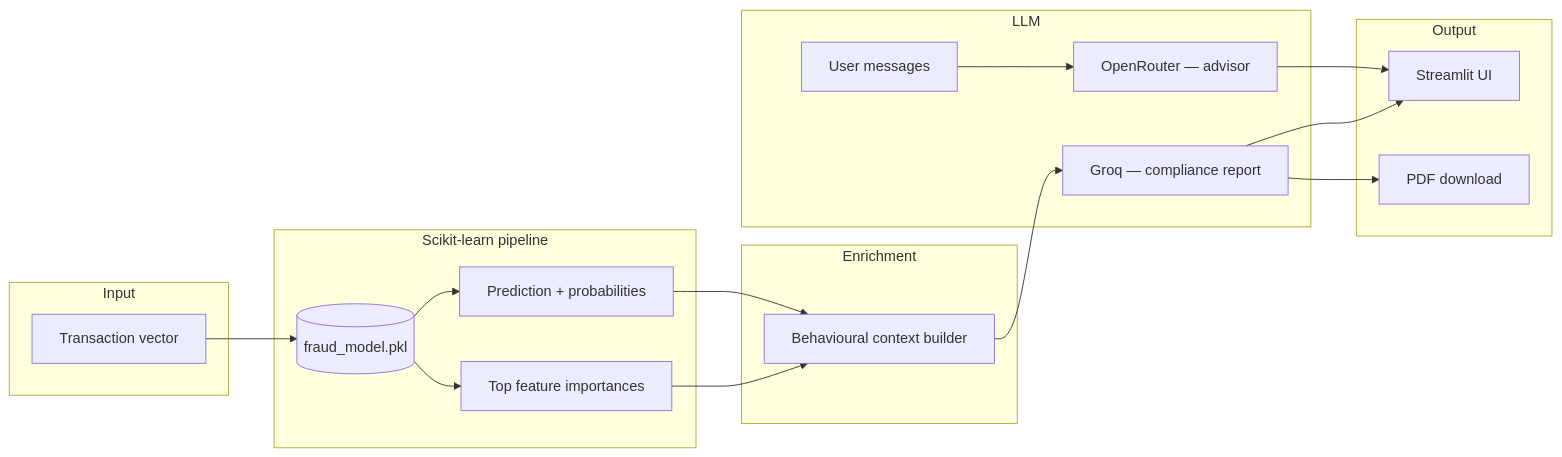
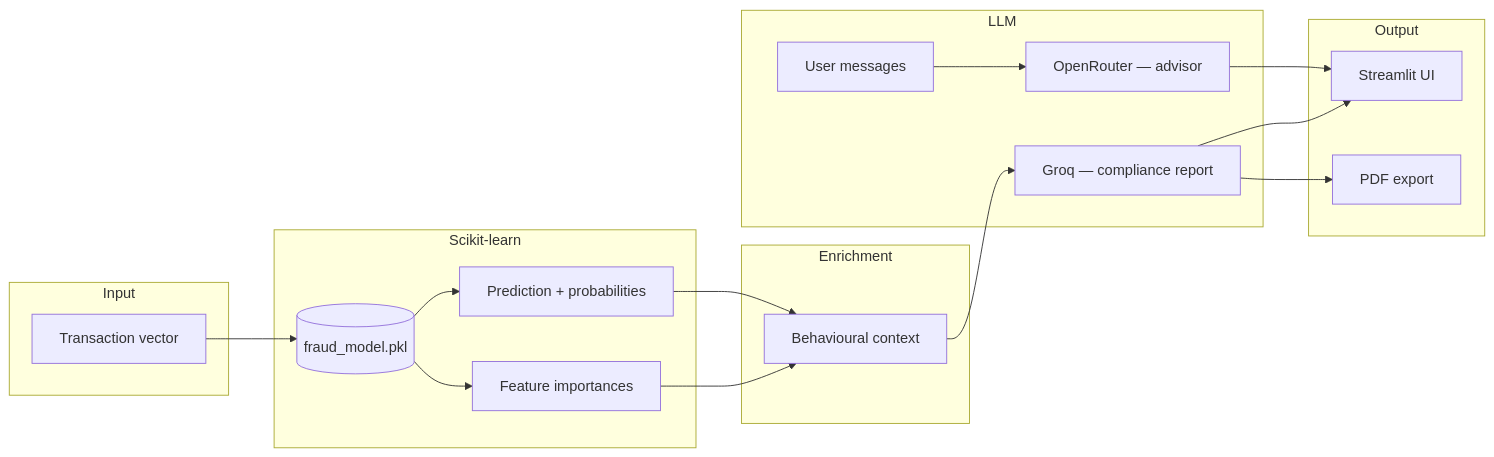
One commit to hackerbotfz/Aegis changed the diagram in README.md. Above: the diagram before and after it, drawn with Mermaid. The commit also changed other lines of this file and 5 other files, not shown here.

````diff
--- a/README.md
+++ b/README.md
@@ -43,29 +26,29 @@
 ```mermaid
 flowchart LR
     subgraph Input
         TX[Transaction vector]
     end
 
-    subgraph ML["Scikit-learn pipeline"]
+    subgraph ML["Scikit-learn"]
         PKL[(fraud_model.pkl)]
         TX --> PKL
         PKL --> PRED[Prediction + probabilities]
-        PKL --> FEAT[Top feature importances]
+        PKL --> FEAT[Feature importances]
     end
 
     subgraph Enrichment
-        PRED --> CTX[Behavioural context builder]
+        PRED --> CTX[Behavioural context]
         FEAT --> CTX
     end
 
     subgraph LLM
         CTX --> GROQ[Groq — compliance report]
         CHAT[User messages] --> OR[OpenRouter — advisor]
     end
 
     subgraph Output
         GROQ --> UI[Streamlit UI]
         OR --> UI
-        GROQ --> PDF[PDF download]
+        GROQ --> PDF[PDF export]
     end
 ```
````
